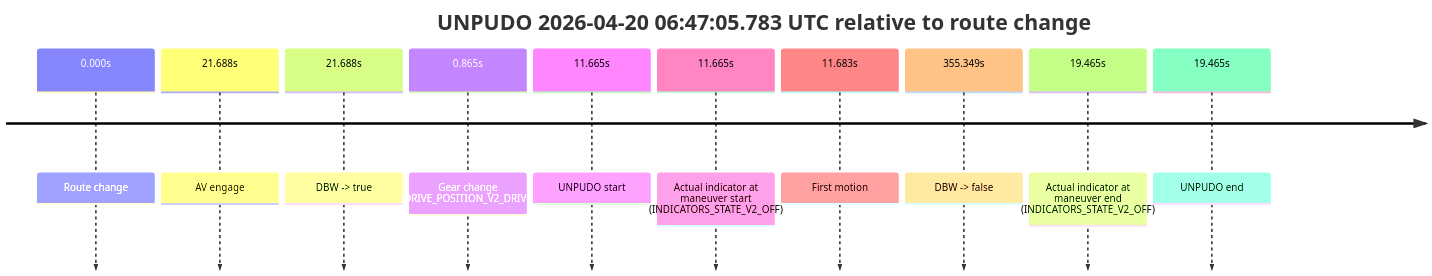
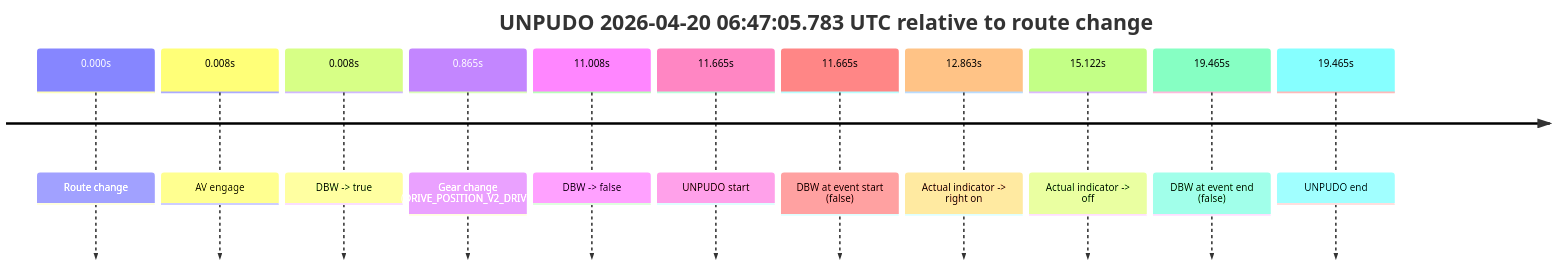
One commit to yoelshapiro/vault changed the third of 13 diagrams in model_analysis/report_cards/2026/04/Week-4/fme20018--2026-04-20--06-09-46--gen2-av-f3dff3a8-6b32-43f2-a280-52ddb467ac46.md. Above: the diagram before and after it, drawn with Mermaid. The commit also changed other lines of this file and 85 other files, not shown here.

````diff
--- a/model_analysis/report_cards/2026/04/Week-4/fme20018--2026-04-20--06-09-46--gen2-av-f3dff3a8-6b32-43f2-a280-52ddb467ac46.md
+++ b/model_analysis/report_cards/2026/04/Week-4/fme20018--2026-04-20--06-09-46--gen2-av-f3dff3a8-6b32-43f2-a280-52ddb467ac46.md
@@ -215,14 +220,15 @@
 ```mermaid
 timeline
     title UNPUDO 2026-04-20 06:47:05.783 UTC relative to route change
     0.000s : Route change
-    21.688s : AV engage
-    21.688s : DBW -> true
+    0.008s : AV engage
+    0.008s : DBW -> true
     0.865s : Gear change (DRIVE_POSITION_V2_DRIVE)
+    11.008s : DBW -> false
     11.665s : UNPUDO start
-    11.665s : Actual indicator at maneuver start (INDICATORS_STATE_V2_OFF)
-    11.683s : First motion
-    355.349s : DBW -> false
-    19.465s : Actual indicator at maneuver end (INDICATORS_STATE_V2_OFF)
+    11.665s : DBW at event start (false)
+    12.863s : Actual indicator -> right on
+    15.122s : Actual indicator -> off
+    19.465s : DBW at event end (false)
     19.465s : UNPUDO end
 ```
````
